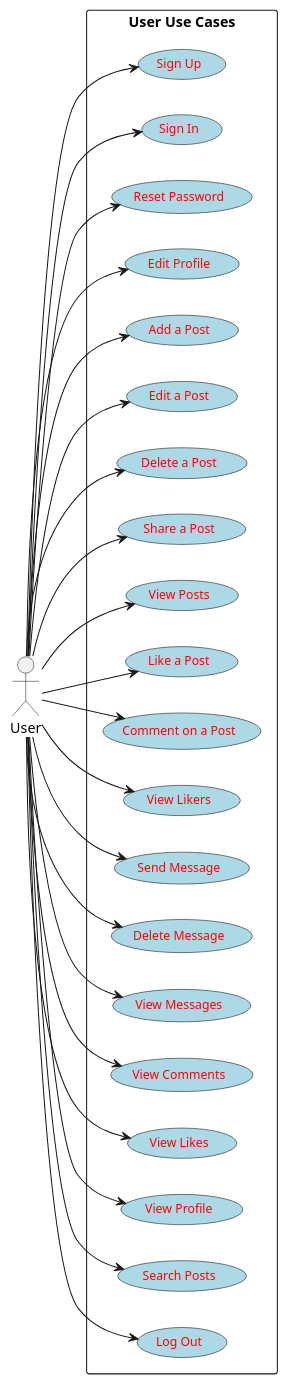
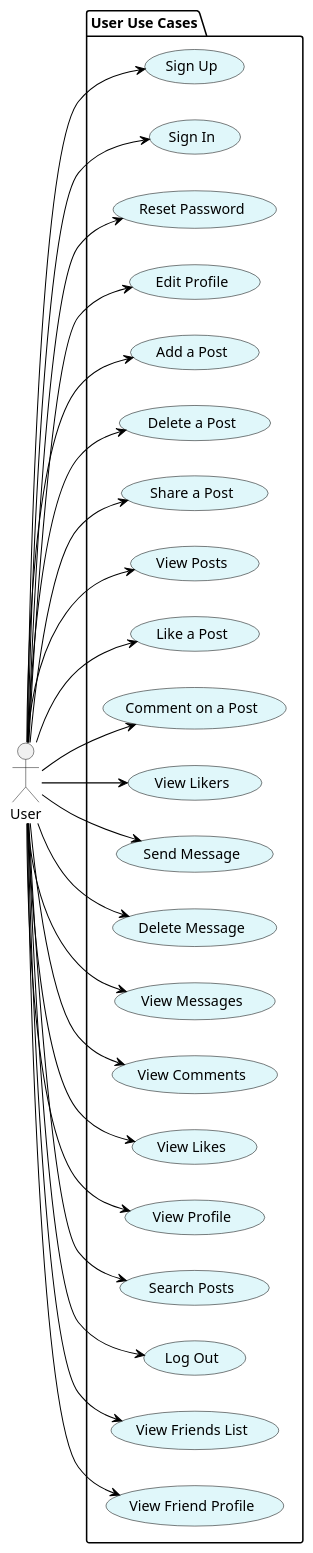
Before and after one commit to AndreeaDraghici/Android-Social-Media-Platform: the diagram in app/sampledata/use_case_user_diagram.puml, drawn with PlantUML. The commit also changed 13 other files, not shown here.

```diff
--- a/app/sampledata/use_case_user_diagram.puml
+++ b/app/sampledata/use_case_user_diagram.puml
@@ -1,56 +1,58 @@
 @startuml
 left to right direction
 skinparam usecase {
-   BackgroundColor LightBlue
-   FontSize 12
-   BorderColor Black
-   FontColor Red
+  BackgroundColor #E0F7FA
+  BorderColor Black
+  ArrowColor Black
 }
 
 actor User
 
-rectangle "User Use Cases" {
-  usecase "Sign Up"                as UC1
-  usecase "Sign In"                as UC2
-  usecase "Reset Password"         as UC16
-  usecase "Edit Profile"           as UC3
-  usecase "Add a Post"             as UC5
-  usecase "Edit a Post"            as UC17
-  usecase "Delete a Post"          as UC6
-  usecase "Share a Post"           as UC7
-  usecase "View Posts"             as UC9
-  usecase "Like a Post"            as UC10
-  usecase "Comment on a Post"      as UC11
-  usecase "View Likers"            as UC18
-  usecase "Send Message"           as UC19
-  usecase "Delete Message"         as UC20
-  usecase "View Messages"          as UC4
-  usecase "View Comments"          as UC8
-  usecase "View Likes"             as UC12
-  usecase "View Profile"           as UC13
-  usecase "Search Posts"           as UC14
-  usecase "Log Out"                as UC15
+package "User Use Cases" {
+  usecase "Sign Up" as UC1
+  usecase "Sign In" as UC2
+  usecase "Reset Password" as UC3
+  usecase "Edit Profile" as UC4
+  usecase "Add a Post" as UC5
+  usecase "Delete a Post" as UC7
+  usecase "Share a Post" as UC8
+  usecase "View Posts" as UC9
+  usecase "Like a Post" as UC10
+  usecase "Comment on a Post" as UC11
+  usecase "View Likers" as UC12
+  usecase "Send Message" as UC13
+  usecase "Delete Message" as UC14
+  usecase "View Messages" as UC15
+  usecase "View Comments" as UC16
+  usecase "View Likes" as UC17
+  usecase "View Profile" as UC18
+  usecase "Search Posts" as UC19
+  usecase "Log Out" as UC20
+
+  ' Functionalități noi
+  usecase "View Friends List" as UC21
+  usecase "View Friend Profile" as UC22
 }
 
 User --> UC1
 User --> UC2
-User --> UC16
 User --> UC3
+User --> UC4
 User --> UC5
-User --> UC17
-User --> UC6
 User --> UC7
+User --> UC8
 User --> UC9
 User --> UC10
 User --> UC11
+User --> UC12
+User --> UC13
+User --> UC14
+User --> UC15
+User --> UC16
+User --> UC17
 User --> UC18
 User --> UC19
 User --> UC20
-User --> UC14
-User --> UC15
-User --> UC4
-User --> UC8
-User --> UC12
-User --> UC13
-
+User --> UC21
+User --> UC22
 @enduml
```
